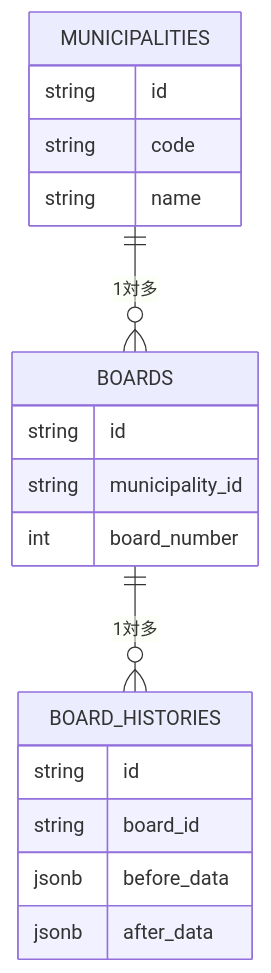
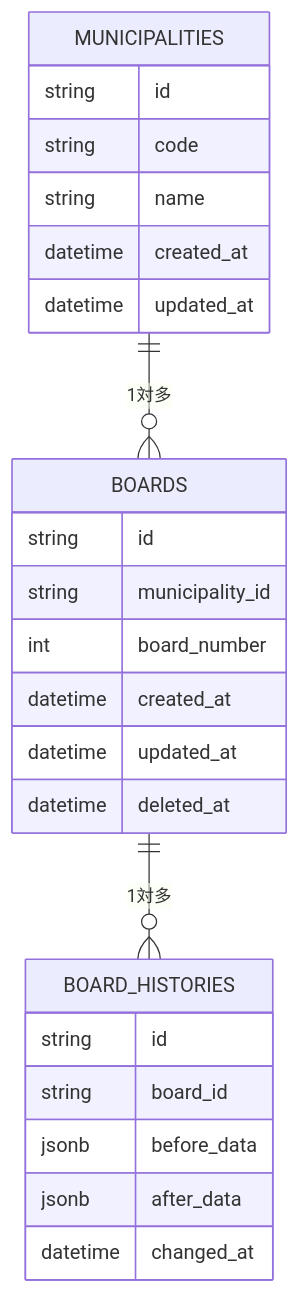
Before and after one commit to team-mirai-volunteer/polister: the second of 2 diagrams in docs/poster-board-import.md, drawn with Mermaid. The commit also changed other lines of this file and 6 other files, not shown here.

````diff
--- a/docs/poster-board-import.md
+++ b/docs/poster-board-import.md
@@ -53,22 +53,28 @@
 ```mermaid
 erDiagram
   MUNICIPALITIES ||--o{ BOARDS : "1対多"
   BOARDS ||--o{ BOARD_HISTORIES : "1対多"
 
   MUNICIPALITIES {
     string id
     string code
     string name
+    datetime created_at
+    datetime updated_at
   }
   BOARDS {
     string id
     string municipality_id
     int board_number
+    datetime created_at
+    datetime updated_at
+    datetime deleted_at
   }
   BOARD_HISTORIES {
     string id
     string board_id
     jsonb before_data
     jsonb after_data
+    datetime changed_at
   }
 ```
````
